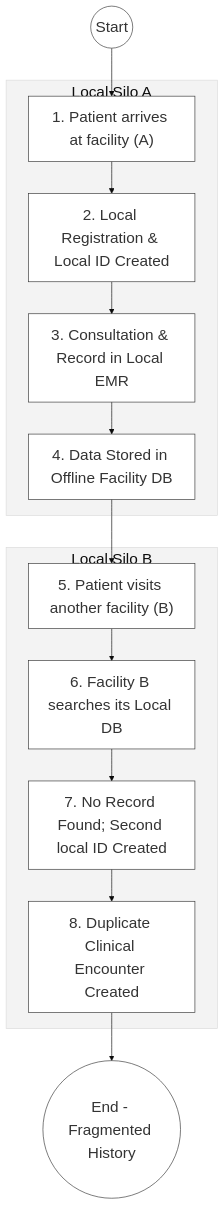
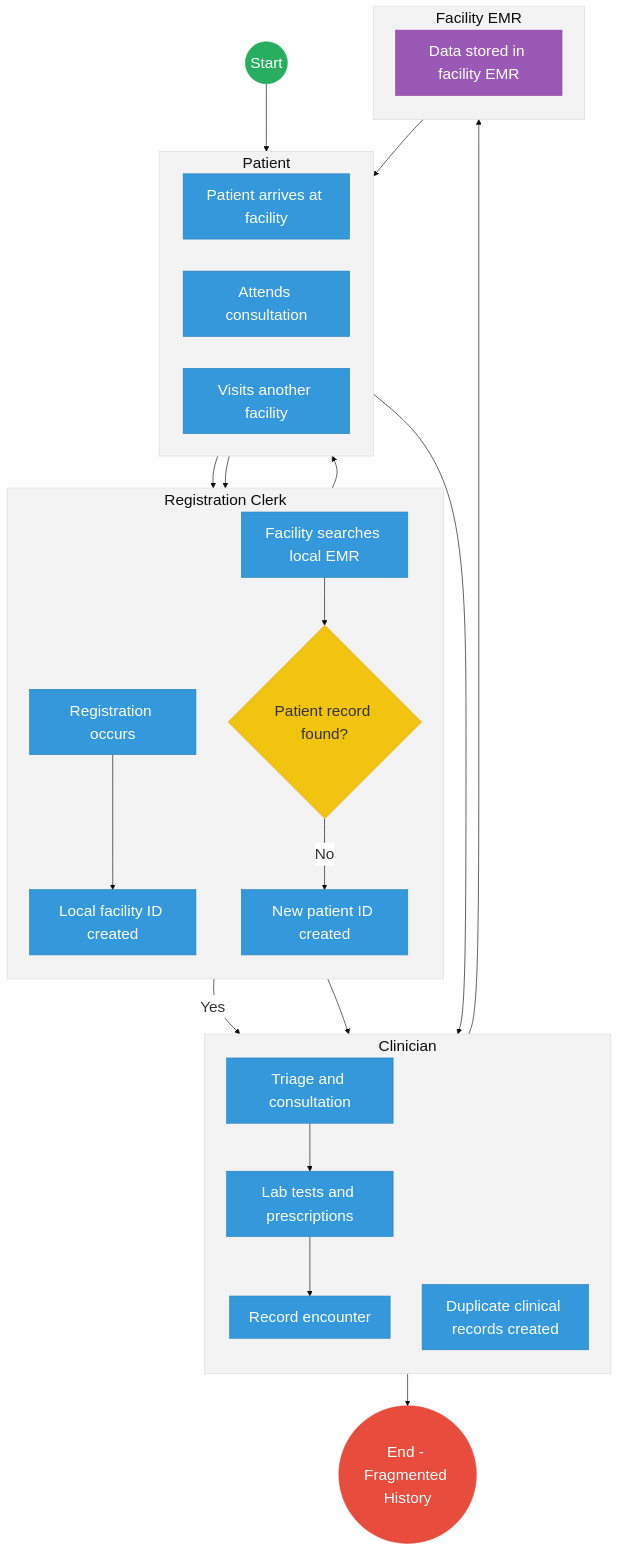
One commit to BITZ-IT-Consulting-LTD/ictapoc changed the first of 2 diagrams in mdas/docs_final/priority_mdas/Ministry_of_Health___Service_Delivery.md. Above: the diagram before and after it, drawn with Mermaid. The commit also changed other lines of this file and 90 other files, not shown here.

````diff
--- a/mdas/docs_final/priority_mdas/Ministry_of_Health___Service_Delivery.md
+++ b/mdas/docs_final/priority_mdas/Ministry_of_Health___Service_Delivery.md
@@ -76,20 +36,69 @@
 ```mermaid
 %%{init: { 'theme': 'base', 'themeVariables': { 'fontSize': '24px', 'fontFamily': 'Inter, system-ui, sans-serif', 'primaryColor': '#ffffff', 'edgeLabelBackground':'#ffffff', 'tertiaryColor': '#f3f3f3', 'mainBkg': '#ffffff', 'nodeBorder': '#333333' } } }%%
 flowchart TD
-    Start((Start)) --> Arrive1["1. Patient arrives at facility (A)"]
-    
-    subgraph Facility_A["Local Silo A"]
-        Arrive1 --> RegPat1["2. Local Registration & Local ID Created"]
-        RegPat1 --> Consult1["3. Consultation & Record in Local EMR"]
-        Consult1 --> StoreLoc1["4. Data Stored in Offline Facility DB"]
+    %% Events
+    Start((Start))
+    EndProcess(("End - Fragmented History"))
+
+    subgraph Patient [Patient]
+        direction LR
+        Arrive1["Patient arrives at facility"]
+        Consult1["Attends consultation"]
+        Arrive2["Visits another facility"]
     end
 
-    subgraph Facility_B["Local Silo B"]
-        StoreLoc1 --> Arrive2["5. Patient visits another facility (B)"]
-        Arrive2 --> SearchRec2["6. Facility B searches its Local DB"]
-        SearchRec2 --> CreateNew2["7. No Record Found; Second local ID Created"]
-        CreateNew2 --> DupRec2["8. Duplicate Clinical Encounter Created"]
+    subgraph RegClerk["Registration Clerk"]
+        direction TB
+        RegPat["Registration occurs"]
+        SearchRec["Facility searches local EMR"]
+        RecGateway{"Patient record found?"}
+        CreateNew["New patient ID created"]
+        AssignID["Local facility ID created"]
     end
 
-    DupRec2 --> EndProcess(("End - Fragmented History"))
+    subgraph Clinician [Clinician]
+        direction TB
+        Triage["Triage and consultation"]
+        Labs["Lab tests and prescriptions"]
+        RecEnc["Record encounter"]
+        DupRec["Duplicate clinical records created"]
+    end
+
+    subgraph FacEMR["Facility EMR"]
+        direction TB
+        StoreLoc["Data stored in facility EMR"]
+    end
+
+    %% Flow connections
+    Start --> Arrive1
+    Arrive1 --> RegPat
+    RegPat --> AssignID
+    AssignID --> Consult1
+    Consult1 --> Triage
+    Triage --> Labs
+    Labs --> RecEnc
+    RecEnc --> StoreLoc
+    
+    StoreLoc --> Arrive2
+    Arrive2 --> SearchRec
+    SearchRec --> RecGateway
+    
+    RecGateway -- "Yes" --> Triage
+    RecGateway -- "No" --> CreateNew
+    CreateNew --> DupRec
+    
+    DupRec --> EndProcess
+
+    %% Styling
+    classDef startEvent fill:#27ae60,stroke:#27ae60,color:#fff,font-size:24px,font-size:24px;;
+    classDef endEvent fill:#e74c3c,stroke:#e74c3c,color:#fff,font-size:24px,font-size:24px;;
+    classDef userTask fill:#3498db,stroke:#2980b9,color:#fff,font-size:24px,font-size:24px;;
+    classDef serviceTask fill:#9b59b6,stroke:#8e44ad,color:#fff,font-size:24px,font-size:24px;;
+    classDef gateway fill:#f1c40f,stroke:#f39c12,color:#333,font-size:24px,font-size:24px;;
+    
+    class Start startEvent;
+    class EndProcess endEvent;
+    class RecGateway gateway;
+    class StoreLoc serviceTask;
+    class Arrive1,Consult1,Arrive2,RegPat,SearchRec,CreateNew,AssignID,Triage,Labs,RecEnc,DupRec userTask;
 ```
````
